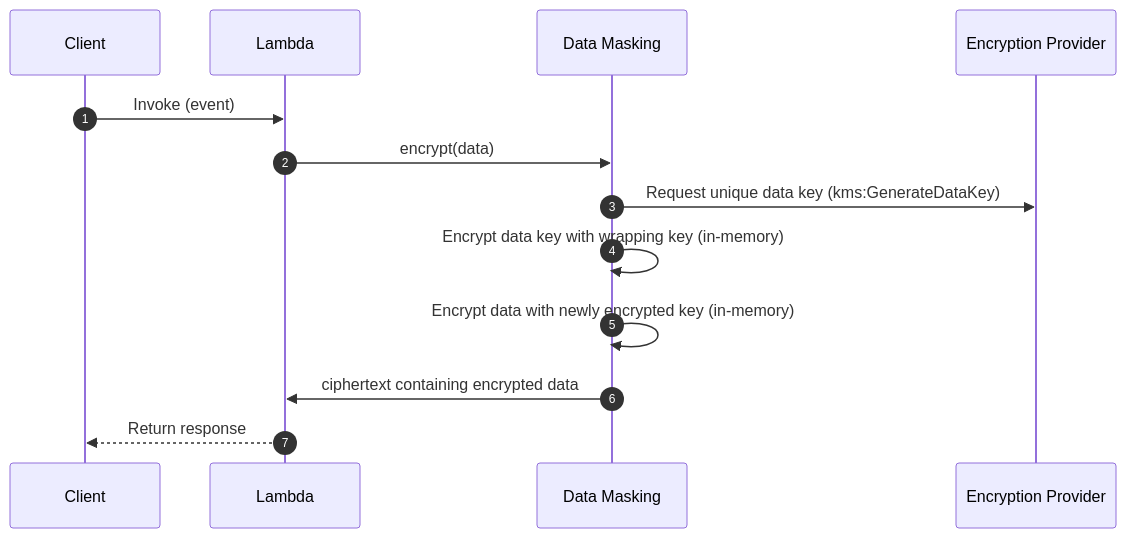
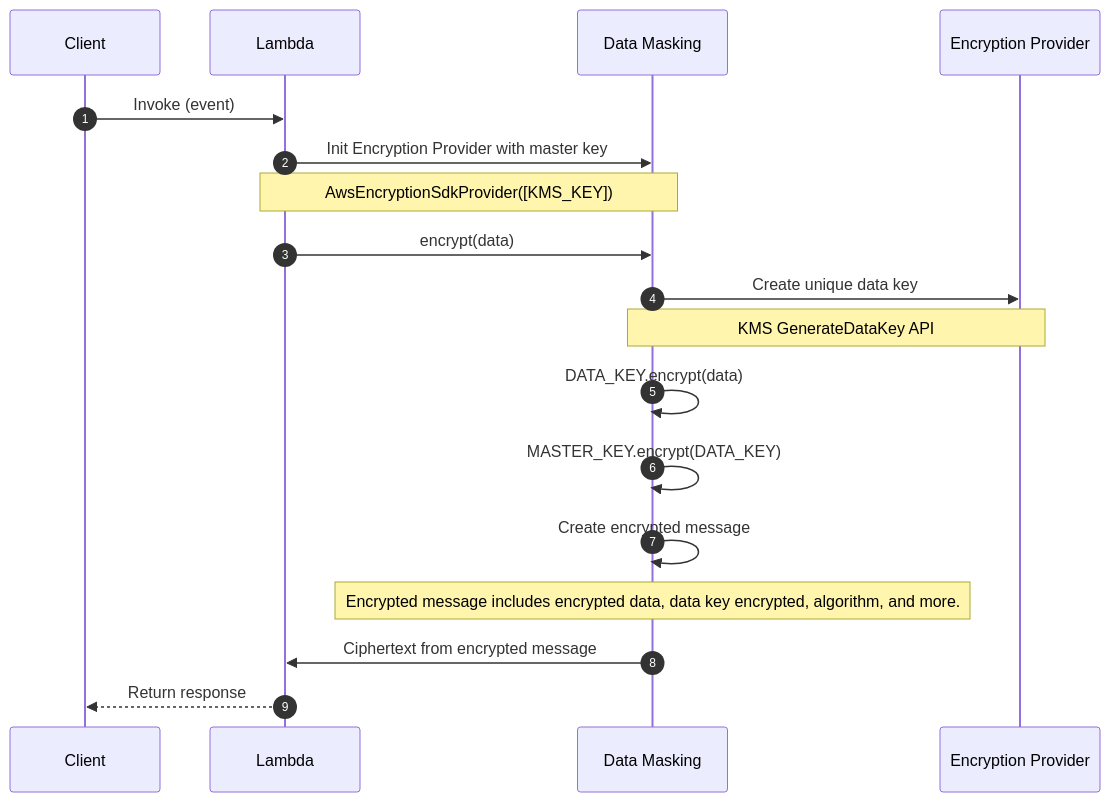
One commit to aws-powertools/powertools-lambda-python changed the third of 3 diagrams in docs/utilities/data_masking.md. Above: the diagram before and after it, drawn with Mermaid. The commit also changed other lines of this file, not shown here.

Commit message:
docs: improve encrypt ops sequence diagram

````diff
--- a/docs/utilities/data_masking.md
+++ b/docs/utilities/data_masking.md
@@ -217,15 +217,20 @@
 ```mermaid
 sequenceDiagram
     autonumber
     participant Client
     participant Lambda
     participant DataMasking as Data Masking
     participant EncryptionProvider as Encryption Provider
     Client->>Lambda: Invoke (event)
+    Lambda->>DataMasking: Init Encryption Provider with master key
+    Note over Lambda,DataMasking: AwsEncryptionSdkProvider([KMS_KEY])
     Lambda->>DataMasking: encrypt(data)
-    DataMasking->>EncryptionProvider: Request unique data key (kms:GenerateDataKey)
-    DataMasking->>DataMasking: Encrypt data key with wrapping key (in-memory)
-    DataMasking->>DataMasking: Encrypt data with newly encrypted key (in-memory)
-    DataMasking->>Lambda: ciphertext containing encrypted data
+    DataMasking->>EncryptionProvider: Create unique data key
+    Note over DataMasking,EncryptionProvider: KMS GenerateDataKey API
+    DataMasking->>DataMasking: DATA_KEY.encrypt(data)
+    DataMasking->>DataMasking: MASTER_KEY.encrypt(DATA_KEY)
+    DataMasking->>DataMasking: Create encrypted message
+    Note over DataMasking: Encrypted message includes encrypted data, data key encrypted, algorithm, and more.
+    DataMasking->>Lambda: Ciphertext from encrypted message
     Lambda-->>Client: Return response
 ```
````
